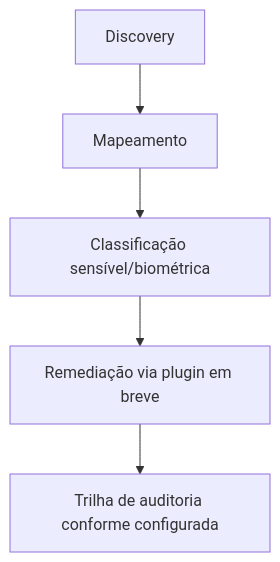
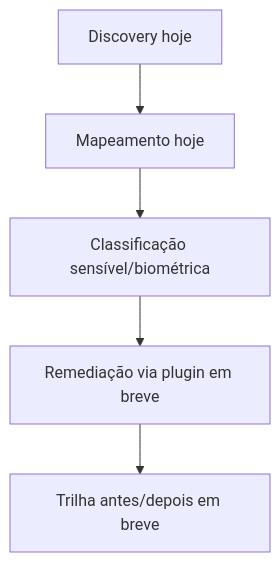
One commit to DataBoar/data-boar changed the diagram in docs/use-cases/USE_CASE_BIOMETRIC_DATA_PROTECTION.pt_BR.md. Above: the diagram before and after it, drawn with Mermaid. The commit also changed 2 other files, not shown here.

Commit message:
docs: split biometric mermaid into today vs coming
Keep discovery/mapping as today and remediator/before-after trail as coming so the diagram matches the prose.

````diff
--- a/docs/use-cases/USE_CASE_BIOMETRIC_DATA_PROTECTION.pt_BR.md
+++ b/docs/use-cases/USE_CASE_BIOMETRIC_DATA_PROTECTION.pt_BR.md
@@ -32,7 +32,7 @@
 ```mermaid
 flowchart TD
-  D[Discovery] --> M[Mapeamento]
+  D[Discovery hoje] --> M[Mapeamento hoje]
   M --> C[Classificação sensível/biométrica]
   C --> R[Remediação via plugin em breve]
-  R --> E[Trilha de auditoria conforme configurada]
+  R --> E[Trilha antes/depois em breve]
 ```
````
